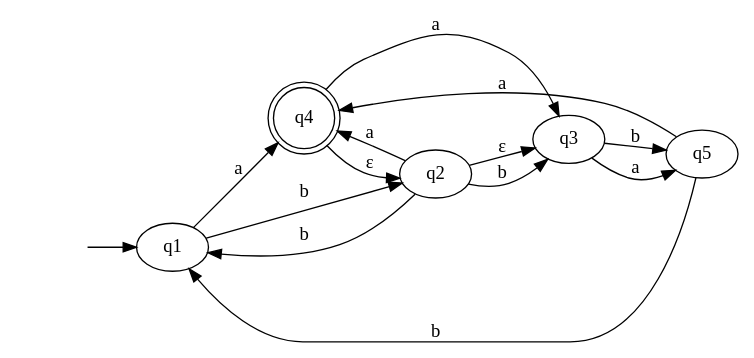
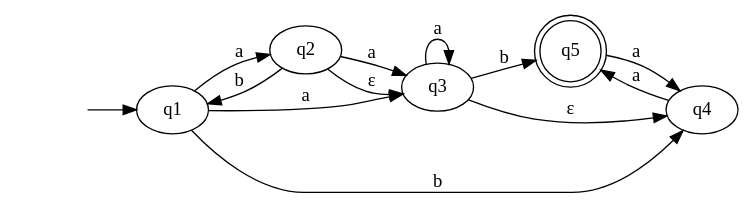
Before and after one commit to bas200o/formele-methoden: the diagram in formele_methoden/graphs/graph_1.dot, drawn with Graphviz. The commit also changed 8 other files, not shown here.

```diff
--- a/formele_methoden/graphs/graph_1.dot
+++ b/formele_methoden/graphs/graph_1.dot
@@ -1,18 +1,17 @@
 digraph graph_1
 {
 	rankdir =  LR; node_start [label = "", shape = none]; 
 	node_start ->  q1; 
-	q4 [label =q4, shape = doublecircle]; 
-	q1 -> q4 [label=a]; 
-	q1 -> q2 [label=b]; 
-	q2 -> q4 [label=a]; 
+	q5 [label =q5, shape = doublecircle]; 
+	q1 -> q2 [label=a]; 
+	q1 -> q3 [label=a]; 
+	q1 -> q4 [label=b]; 
+	q2 -> q3 [label=a]; 
+	q2 -> q3 [label=ε]; 
 	q2 -> q1 [label=b]; 
-	q2 -> q3 [label=b]; 
-	q2 -> q3 [label=ε]; 
-	q3 -> q5 [label=a]; 
+	q3 -> q3 [label=a]; 
+	q3 -> q4 [label=ε]; 
 	q3 -> q5 [label=b]; 
-	q4 -> q2 [label=ε]; 
-	q4 -> q3 [label=a]; 
+	q4 -> q5 [label=a]; 
 	q5 -> q4 [label=a]; 
-	q5 -> q1 [label=b]; 
 }
```
